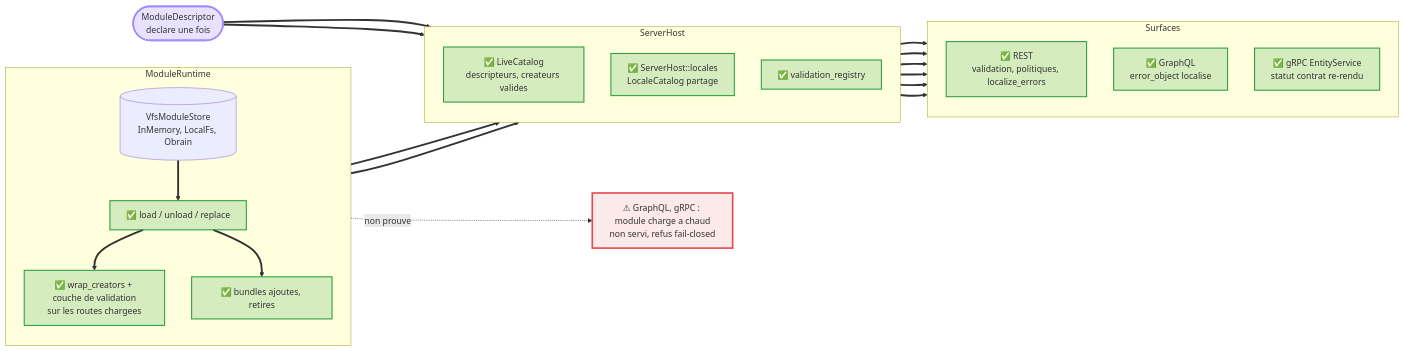
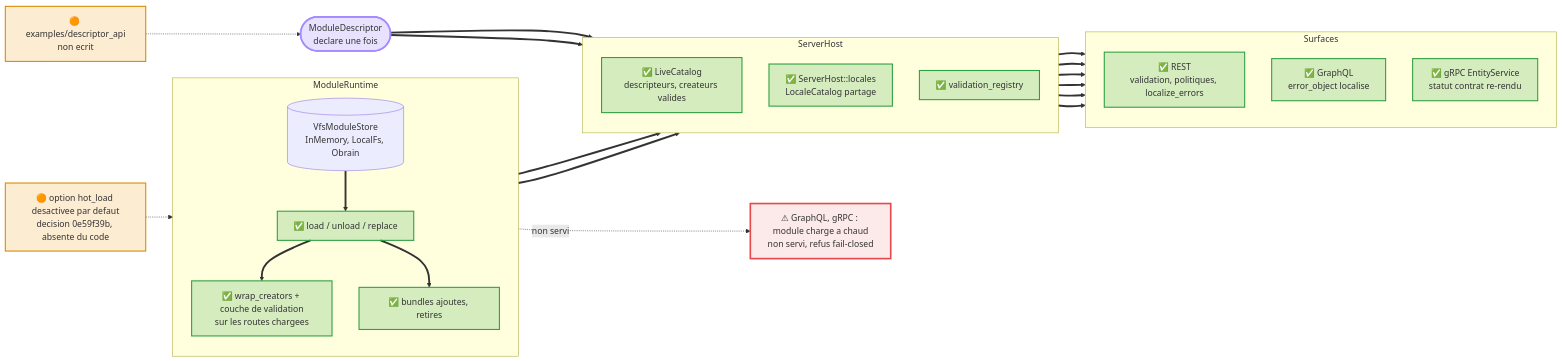
One commit to this-rs/this changed the diagram in docs/atlas/module-descriptor/integration-bout-en-bout.mmd. Above: the diagram before and after it, drawn with Mermaid. The commit also changed 13 other files, not shown here.

First line of the commit message:
docs(module-descriptor): delivered state in the RFC and diagrams aligned with the integrated code

```diff
--- a/docs/atlas/module-descriptor/integration-bout-en-bout.mmd
+++ b/docs/atlas/module-descriptor/integration-bout-en-bout.mmd
@@ -1,57 +1,62 @@
-flowchart LR
 %% name: module-descriptor-integration-e2e
-%% PROUVE (tests/module_descriptor_e2e.rs, cargo test --features graphql,grpc --test module_descriptor_e2e : 6 ok) :
+%% QUESTION : de bout en bout, qu'est-ce qui est prouve sur l'arbre integre, et ou sont les trous ?
+%% PROUVE (MESURE, relance par la revue finale) : cargo test --features graphql,grpc --test module_descriptor_e2e : 6 ok,
 %%   same_invalid_payload_same_code_on_rest_graphql_grpc, status_mapping_per_protocol, message_localized_fr_then_en,
 %%   policy_denied_on_all_protocols, hot_loaded_module_from_vfs_served_then_404_after_unload,
 %%   hot_loaded_compiled_module_is_validated_on_rest_and_through_its_creator.
-%% PREUVES ROUGES (branchement neutralise puis restaure) : localisation GraphQL, localisation gRPC, bundles runtime, couche de validation des routes runtime.
-%% SOURCES LUES : src/server/exposure/rest/mod.rs, graphql/mod.rs, grpc/entity_service.rs, module_runtime/runtime.rs, core/errors/*, core/i18n/*.
-%% NON ETABLI : GraphQL et gRPC ne servent pas un module charge a chaud (champs figes de l'hote) ; refus de politique REST non localise (corps historique).
+%% PREUVES ROUGES (integration) : localisation GraphQL, localisation gRPC, bundles runtime, couche de validation des routes runtime.
+%% LU : src/server/exposure/rest/mod.rs, graphql/mod.rs, grpc/entity_service.rs, module_runtime/runtime.rs, core/errors/*, core/i18n/*.
+%% NON ETABLI : enveloppe ValidatingCreator d'un module compile charge a chaud testee seulement apres le controle REST (deduit) ;
+%%   GraphQL et gRPC ne servent pas un module charge a chaud ; option hot_load absente.
+flowchart LR
+    classDef ok       fill:#2ea04333,stroke:#2ea043,stroke-width:2px
+    classDef todo     fill:#f0a02033,stroke:#d98a00,stroke-width:2px
+    classDef refused  fill:#e5484d33,stroke:#e5484d,stroke-width:2px,stroke-dasharray:6 3
+    classDef upstream fill:#8b8fa322,stroke:#8b8fa3,stroke-dasharray:3 3
+    classDef trap     fill:#e5484d1f,stroke:#e5484d,stroke-width:3px
+    classDef entry    fill:#a48bff40,stroke:#a48bff,stroke-width:3px
 
     D(["ModuleDescriptor<br/>declare une fois"]):::entry
 
     subgraph HOTE["ServerHost"]
         direction TB
         CAT["✅ LiveCatalog<br/>descripteurs, createurs valides"]:::ok
         LOC["✅ ServerHost::locales<br/>LocaleCatalog partage"]:::ok
         REG["✅ validation_registry"]:::ok
     end
 
     subgraph SURF["Surfaces"]
         direction TB
         REST["✅ REST<br/>validation, politiques, localize_errors"]:::ok
         GQL["✅ GraphQL<br/>error_object localise"]:::ok
         GRPC["✅ gRPC EntityService<br/>statut contrat re-rendu"]:::ok
     end
 
     subgraph RT["ModuleRuntime"]
         direction TB
         VFS[("VfsModuleStore<br/>InMemory, LocalFs, Obrain")]
         LOAD["✅ load / unload / replace"]:::ok
         WRAP["✅ wrap_creators + couche de validation<br/>sur les routes chargees"]:::ok
         BUN["✅ bundles ajoutes, retires"]:::ok
     end
 
     GAP["⚠ GraphQL, gRPC : module charge a chaud<br/>non servi, refus fail-closed"]:::trap
+    HOT["🟠 option hot_load desactivee par defaut<br/>decision 0e59f39b, absente du code"]:::todo
+    EX["🟠 examples/descriptor_api<br/>non ecrit"]:::todo
 
     D ==> CAT
     D ==> REG
     CAT ==> REST
     CAT ==> GQL
     CAT ==> GRPC
     LOC ==> REST
     LOC ==> GQL
     LOC ==> GRPC
     VFS ==> LOAD
     LOAD ==> WRAP
     LOAD ==> BUN
     WRAP ==> CAT
     BUN ==> LOC
-    LOAD -.->|"non prouve"| GAP
-
-    classDef ok       fill:#2ea04333,stroke:#2ea043,stroke-width:2px
-    classDef todo     fill:#f0a02033,stroke:#d98a00,stroke-width:2px
-    classDef refused  fill:#e5484d33,stroke:#e5484d,stroke-width:2px,stroke-dasharray:6 3
-    classDef upstream fill:#8b8fa322,stroke:#8b8fa3,stroke-dasharray:3 3
-    classDef trap     fill:#e5484d1f,stroke:#e5484d,stroke-width:3px
-    classDef entry    fill:#a48bff40,stroke:#a48bff,stroke-width:3px
+    LOAD -.->|"non servi"| GAP
+    HOT -.-> LOAD
+    EX -.-> D
```
